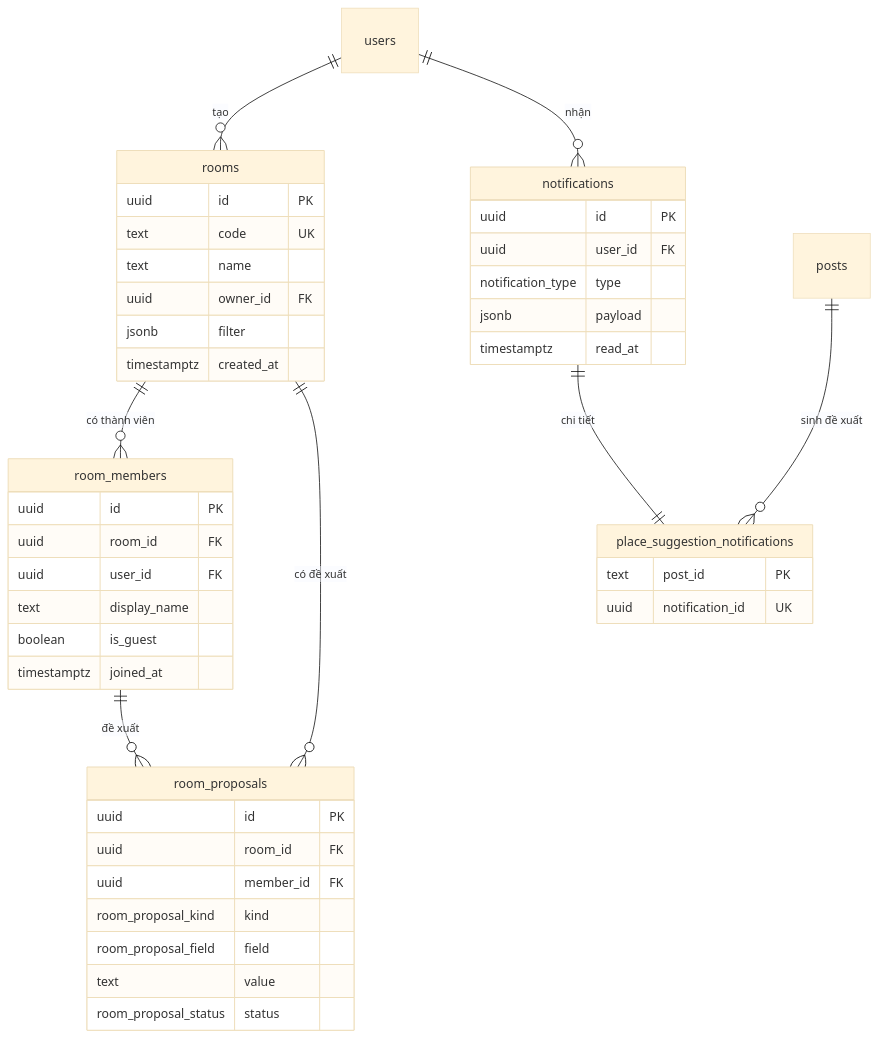
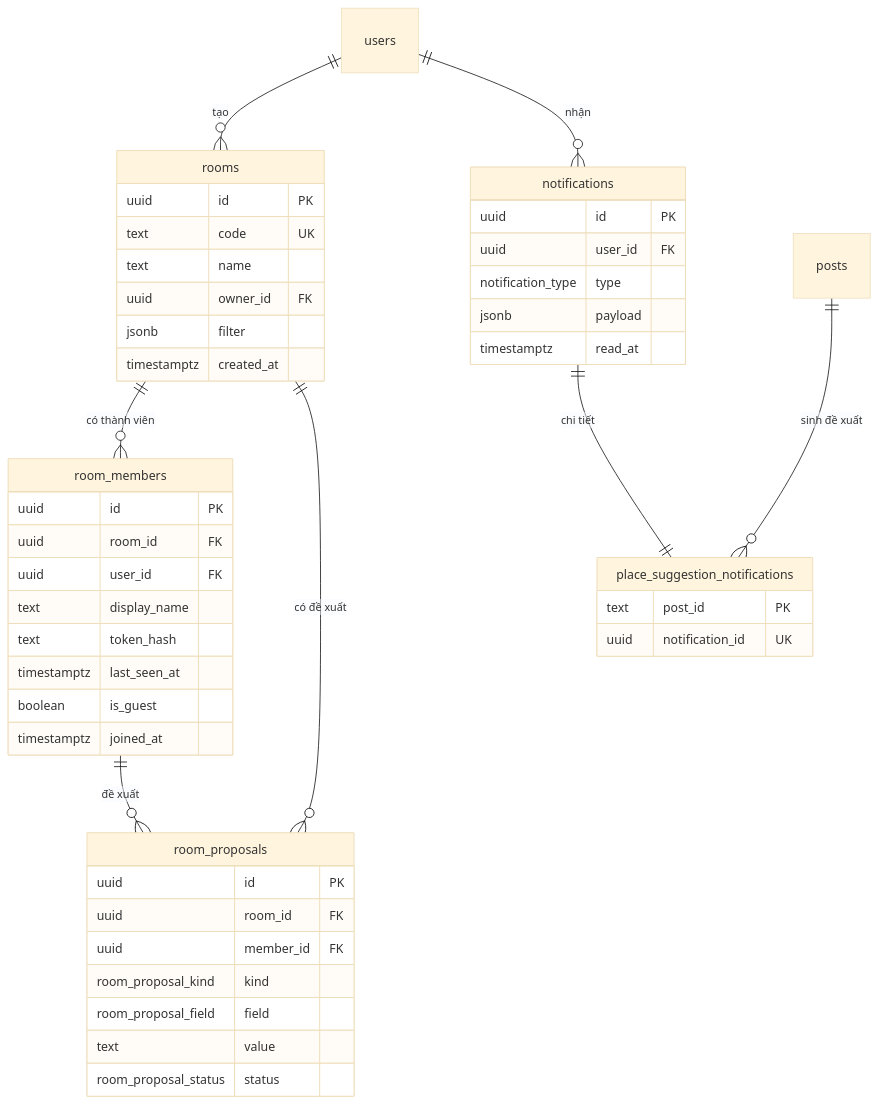
The fifth of 14 diagrams in docs/bao-cao/BAO-CAO-DO-AN.md (longqt321/Rendez-PBL6), drawn with Mermaid (base theme) before and after one commit. The commit also changed other lines of this file, not shown here.

````diff
--- a/docs/bao-cao/BAO-CAO-DO-AN.md
+++ b/docs/bao-cao/BAO-CAO-DO-AN.md
@@ -343,47 +367,49 @@
 ```mermaid
 erDiagram
   users ||--o{ rooms : "tạo"
   rooms ||--o{ room_members : "có thành viên"
   rooms ||--o{ room_proposals : "có đề xuất"
   room_members ||--o{ room_proposals : "đề xuất"
   users ||--o{ notifications : "nhận"
   posts ||--o{ place_suggestion_notifications : "sinh đề xuất"
   notifications ||--|| place_suggestion_notifications : "chi tiết"
 
   rooms {
     uuid id PK
     text code UK
     text name
     uuid owner_id FK
     jsonb filter
     timestamptz created_at
   }
   room_members {
     uuid id PK
     uuid room_id FK
     uuid user_id FK
     text display_name
+    text token_hash
+    timestamptz last_seen_at
     boolean is_guest
     timestamptz joined_at
   }
   room_proposals {
     uuid id PK
     uuid room_id FK
     uuid member_id FK
     room_proposal_kind kind
     room_proposal_field field
     text value
     room_proposal_status status
   }
   notifications {
     uuid id PK
     uuid user_id FK
     notification_type type
     jsonb payload
     timestamptz read_at
   }
   place_suggestion_notifications {
     text post_id PK
     uuid notification_id UK
   }
 ```
````
